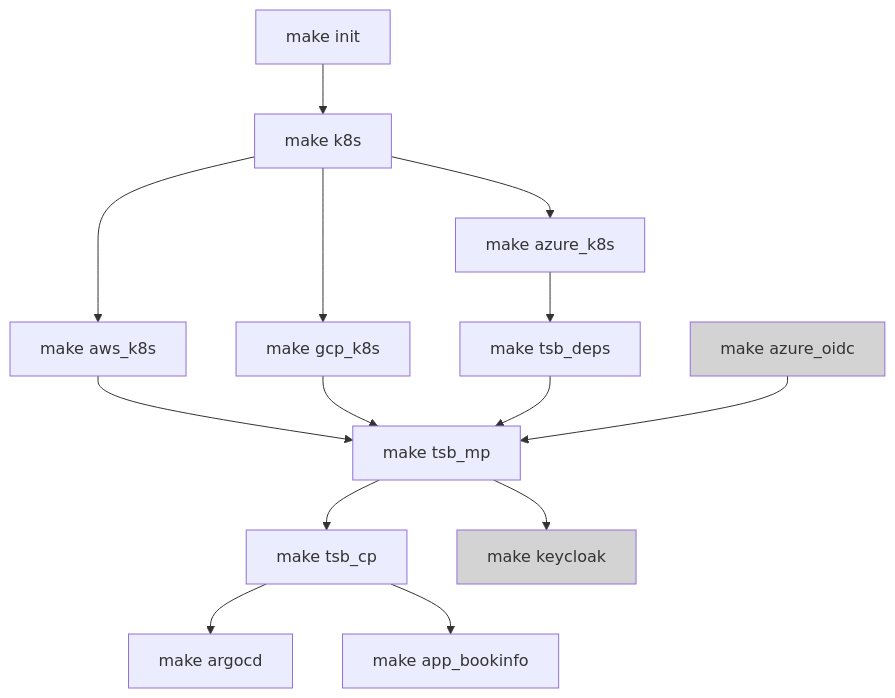
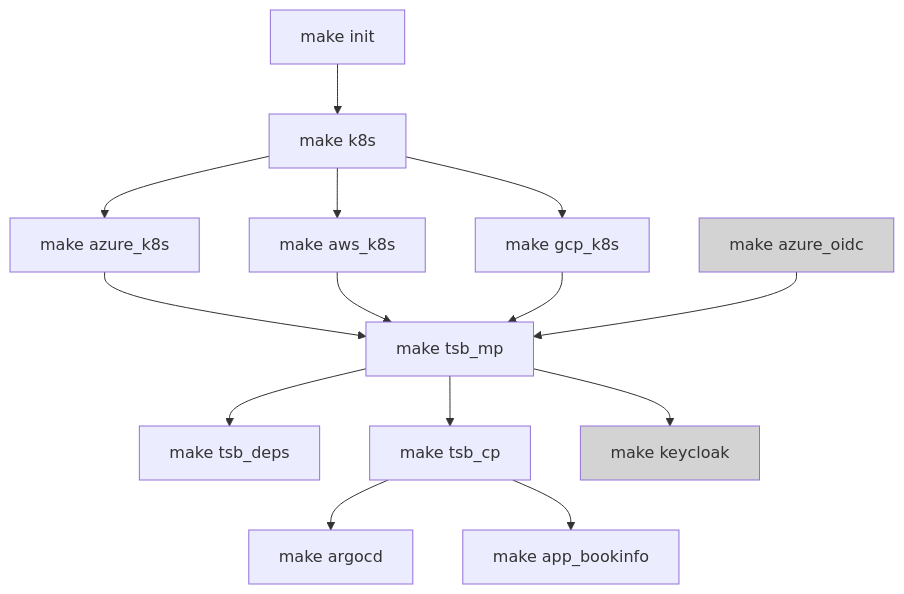
One commit to tetratelabs/tetrate-service-bridge-sandbox changed the diagram in README.md. Above: the diagram before and after it, drawn with Mermaid.

````diff
--- a/README.md
+++ b/README.md
@@ -9,18 +9,18 @@
 ```mermaid
   graph TD;
       I[make init] --> AAA[make k8s]
       AAA[make k8s] --> A[make azure_k8s]
       AAA[make k8s] --> AA[make aws_k8s]
       AAA[make k8s] --> AAAA[make gcp_k8s]
-      A[make azure_k8s] --> B[make tsb_deps]
+      A[make azure_k8s] --> C[make tsb_mp]
       AA[make aws_k8s] --> C[make tsb_mp]
       AAAA[make gcp_k8s] --> C[make tsb_mp]
-      B[make tsb_deps] --> C[make tsb_mp]
       Y[make azure_oidc] --> C[make tsb_mp]
+      C[make tsb_mp] --> B[make tsb_deps]
       C[make tsb_mp] --> D[make tsb_cp]
       C[make tsb_mp] --> F[make keycloak]
       D[make tsb_cp] --> E[make argocd]
       D[make tsb_cp] --> Z[make app_bookinfo]
       style Y fill:lightgrey
       style F fill:lightgrey
 ```
````
